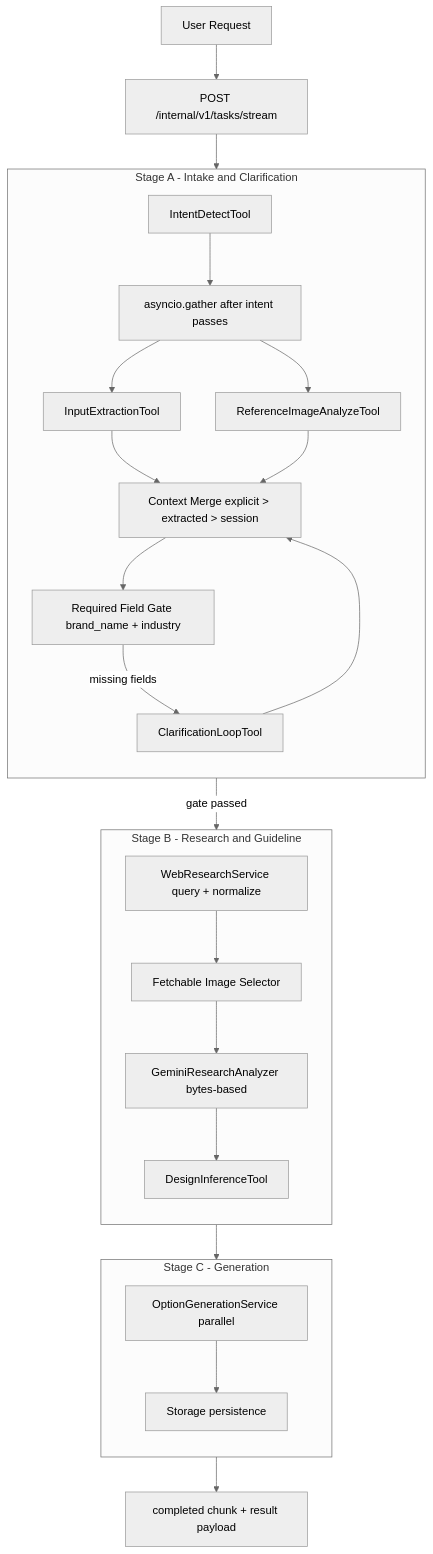
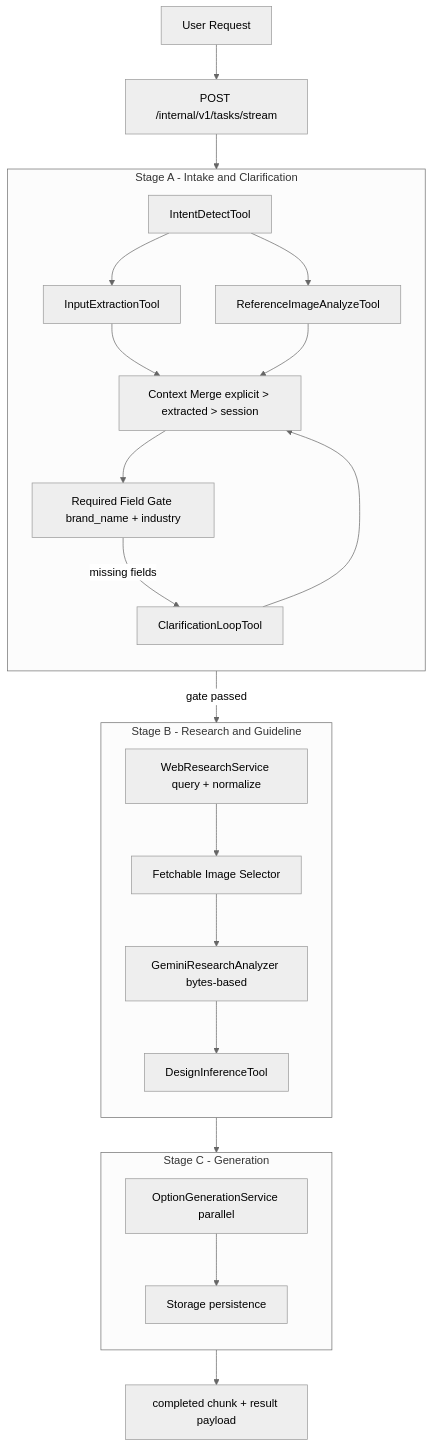
One commit to Ne4nf/Agent-Memory changed the first of 3 diagrams in architecture.md. Above: the diagram before and after it, drawn with Mermaid (neutral theme). The commit also changed other lines of this file, not shown here.

````diff
--- a/architecture.md
+++ b/architecture.md
@@ -109,39 +109,38 @@
 ```mermaid
 flowchart TD
   U[User Request] --> ST[POST /internal/v1/tasks/stream]
 
   subgraph SA[Stage A - Intake and Clarification]
     direction TB
     A1[IntentDetectTool]
     A2[InputExtractionTool]
     A3[ReferenceImageAnalyzeTool]
-    A4[asyncio.gather after intent passes]
     A5[Context Merge explicit > extracted > session]
     A6[Required Field Gate brand_name + industry]
     A7[ClarificationLoopTool]
   end
 
   subgraph SB[Stage B - Research and Guideline]
     direction TB
     B1[WebResearchService query + normalize]
     B2[Fetchable Image Selector]
     B3[GeminiResearchAnalyzer bytes-based]
     B4[DesignInferenceTool]
   end
 
   subgraph SC[Stage C - Generation]
     direction TB
     C1[OptionGenerationService parallel]
     C2[Storage persistence]
   end
 
-  ST --> A1 --> A4
-  A4 --> A2
-  A4 --> A3
+  ST --> A1
+  A1 --> A2
+  A1 --> A3
   A2 --> A5
   A3 --> A5
   A5 --> A6
   A6 -->|missing fields| A7 --> A5
   A6 -->|gate passed| B1 --> B2 --> B3 --> B4 --> C1 --> C2
   C2 --> DONE[completed chunk + result payload]
 ```
````
